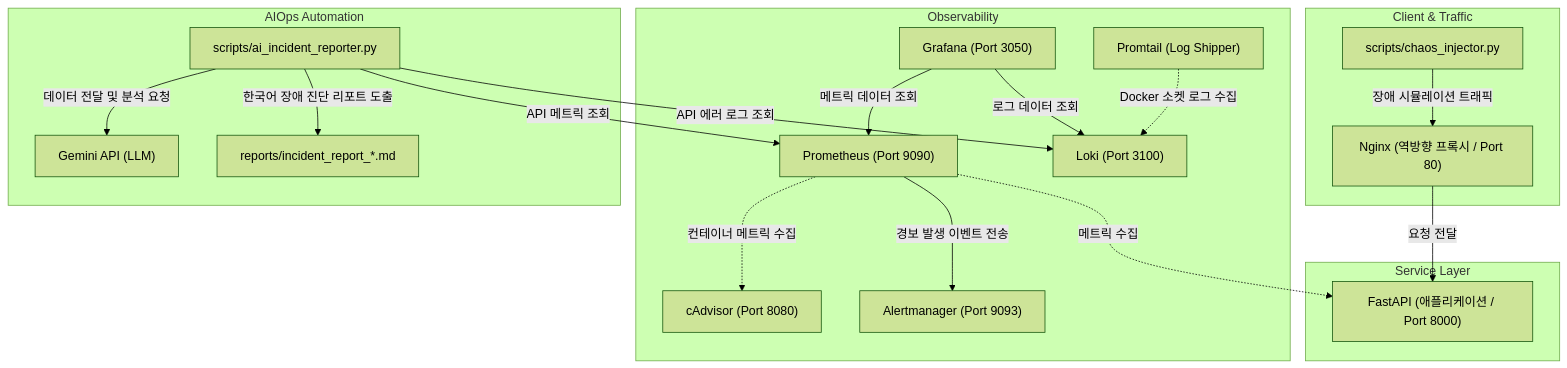
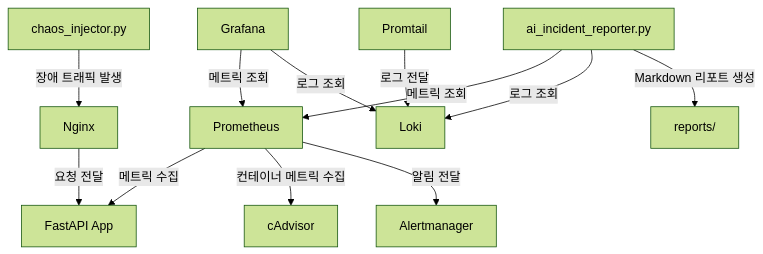
One commit to bbam901/infra-ai-ops-lab changed the diagram in README.md. Above: the diagram before and after it, drawn with Mermaid (forest theme). The commit also changed other lines of this file, not shown here.

````diff
--- a/README.md
+++ b/README.md
@@ -21,28 +29,17 @@
 ```mermaid
 graph TD
-    subgraph Client & Traffic
-        Chaos[scripts/chaos_injector.py] -->|장애 시뮬레이션 트래픽| Nginx
-    end
+    Chaos["chaos_injector.py"] -->|장애 트래픽 발생| Nginx
+    Nginx["Nginx"] -->|요청 전달| App["FastAPI App"]
 
-    subgraph Service Layer
-        Nginx["Nginx (역방향 프록시 / Port 80)"] -->|요청 전달| App["FastAPI (애플리케이션 / Port 8000)"]
-    end
+    Prometheus["Prometheus"] -->|메트릭 수집| App
+    Prometheus -->|컨테이너 메트릭 수집| cAdvisor["cAdvisor"]
+    Prometheus -->|알림 전달| Alertmanager["Alertmanager"]
 
-    subgraph Observability
-        Prometheus["Prometheus (Port 9090)"] -.->|메트릭 수집| App
-        Prometheus -.->|컨테이너 메트릭 수집| cAdvisor["cAdvisor (Port 8080)"]
-        Prometheus -->|경보 발생 이벤트 전송| Alertmanager["Alertmanager (Port 9093)"]
-        
-        Promtail["Promtail (Log Shipper)"] -.->|Docker 소켓 로그 수집| Loki["Loki (Port 3100)"]
-        
-        Grafana["Grafana (Port 3050)"] -->|메트릭 데이터 조회| Prometheus
-        Grafana -->|로그 데이터 조회| Loki
-    end
+    Promtail["Promtail"] -->|로그 전달| Loki["Loki"]
+    Grafana["Grafana"] -->|메트릭 조회| Prometheus
+    Grafana -->|로그 조회| Loki
 
-    subgraph AIOps Automation
-        Reporter[scripts/ai_incident_reporter.py] -->|API 메트릭 조회| Prometheus
-        Reporter -->|API 에러 로그 조회| Loki
-        Reporter -->|데이터 전달 및 분석 요청| Gemini["Gemini API (LLM)"]
-        Reporter -->|한국어 장애 진단 리포트 도출| Reports["reports/incident_report_*.md"]
-    end
+    Reporter["ai_incident_reporter.py"] -->|메트릭 조회| Prometheus
+    Reporter -->|로그 조회| Loki
+    Reporter -->|Markdown 리포트 생성| Reports["reports/"]
 ```
````
